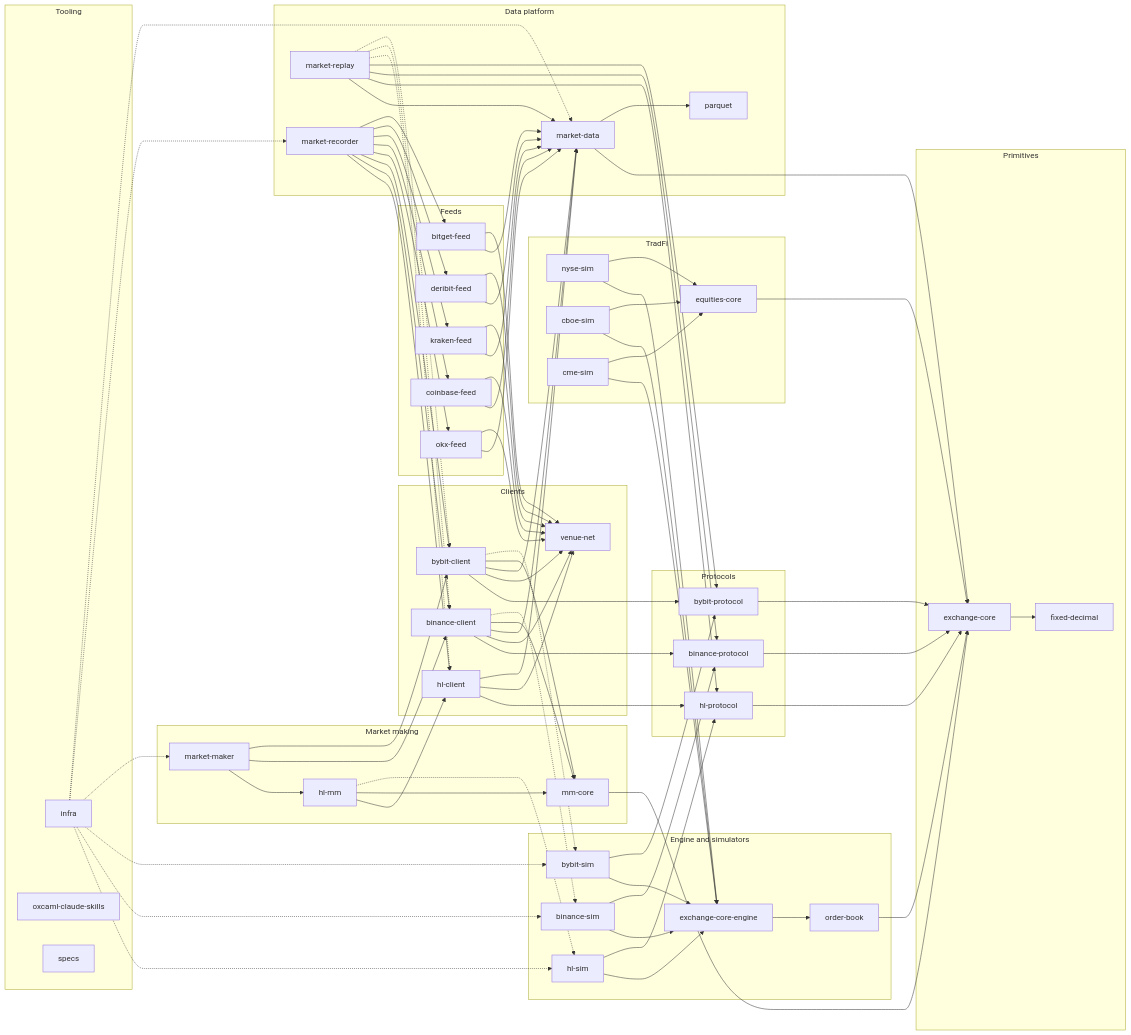
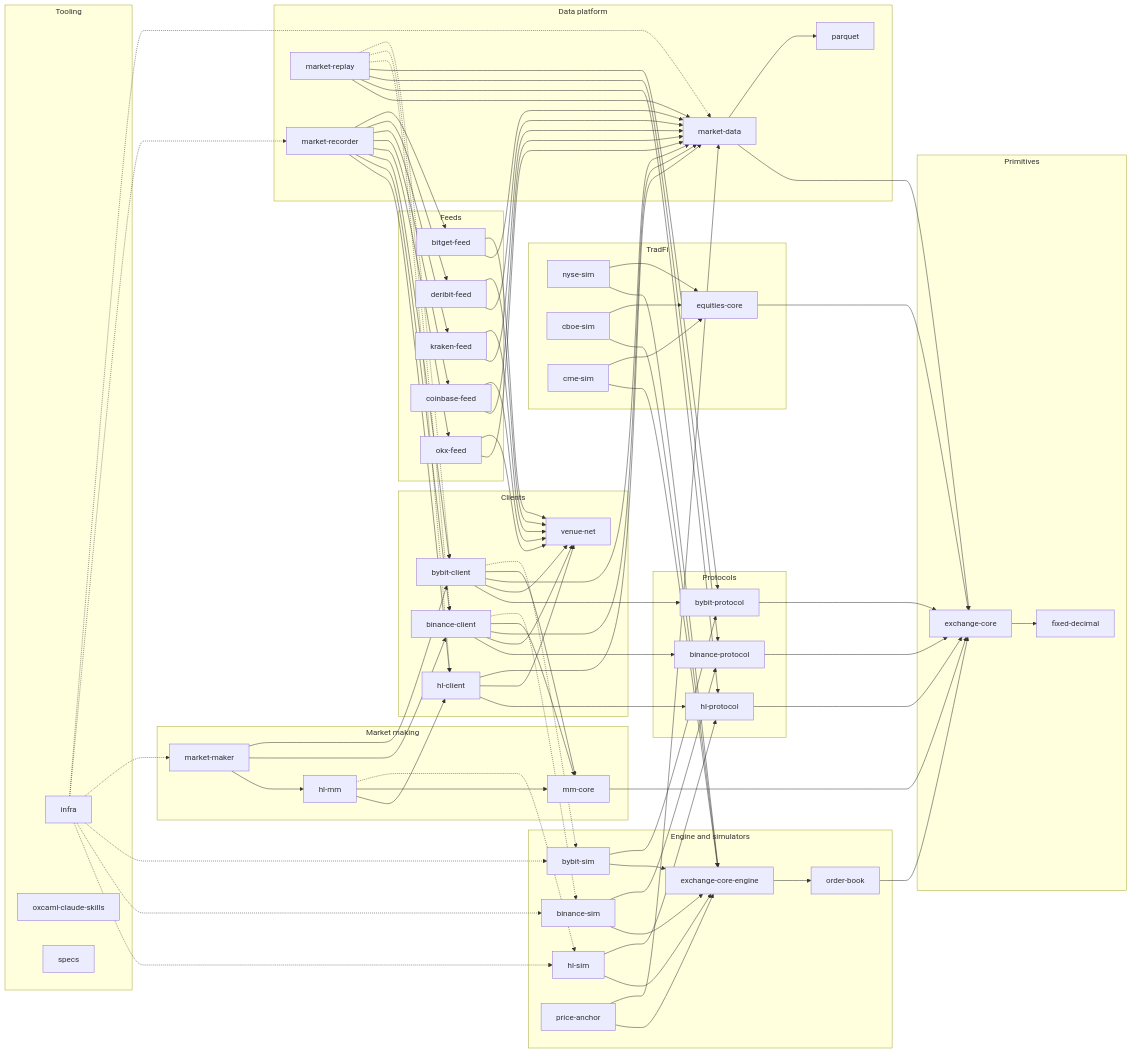
Before and after one commit to winterchill-trading/specs: the first of 2 diagrams in overview.md, drawn with Mermaid. The commit also changed other lines of this file and 3 other files, not shown here.

Commit message:
docs: price-anchor repository, graph edge, design status and changelog

```diff
--- a/overview.md
+++ b/overview.md
@@ -65,6 +66,7 @@
     hl_sim["hl-sim"]
     binance_sim["binance-sim"]
     bybit_sim["bybit-sim"]
+    price_anchor["price-anchor"]
   end
   subgraph tradfi["TradFi"]
     equities_core["equities-core"]
@@ -114,6 +116,8 @@
   binance_sim --> binance_protocol
   bybit_sim --> engine_pkg
   bybit_sim --> bybit_protocol
+  price_anchor --> engine_pkg
+  price_anchor --> market_data
   market_data --> exchange_core
   market_data --> parquet
   mm_core --> exchange_core
```
